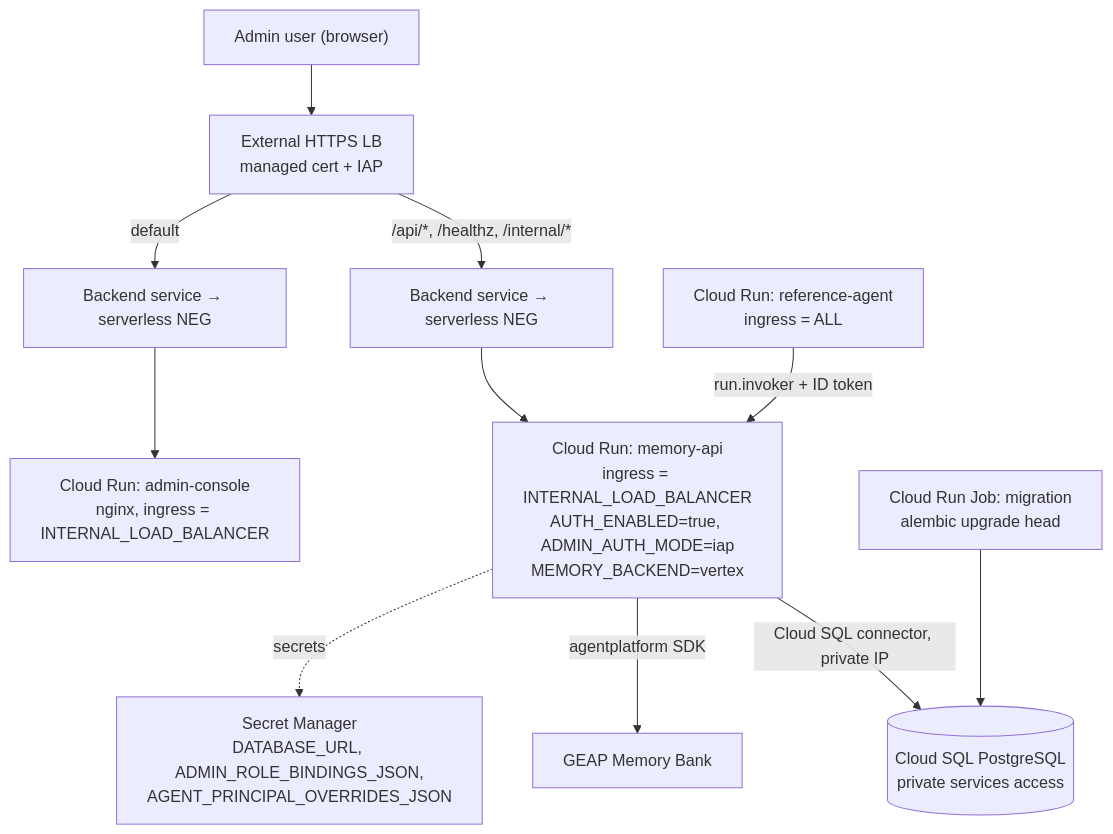
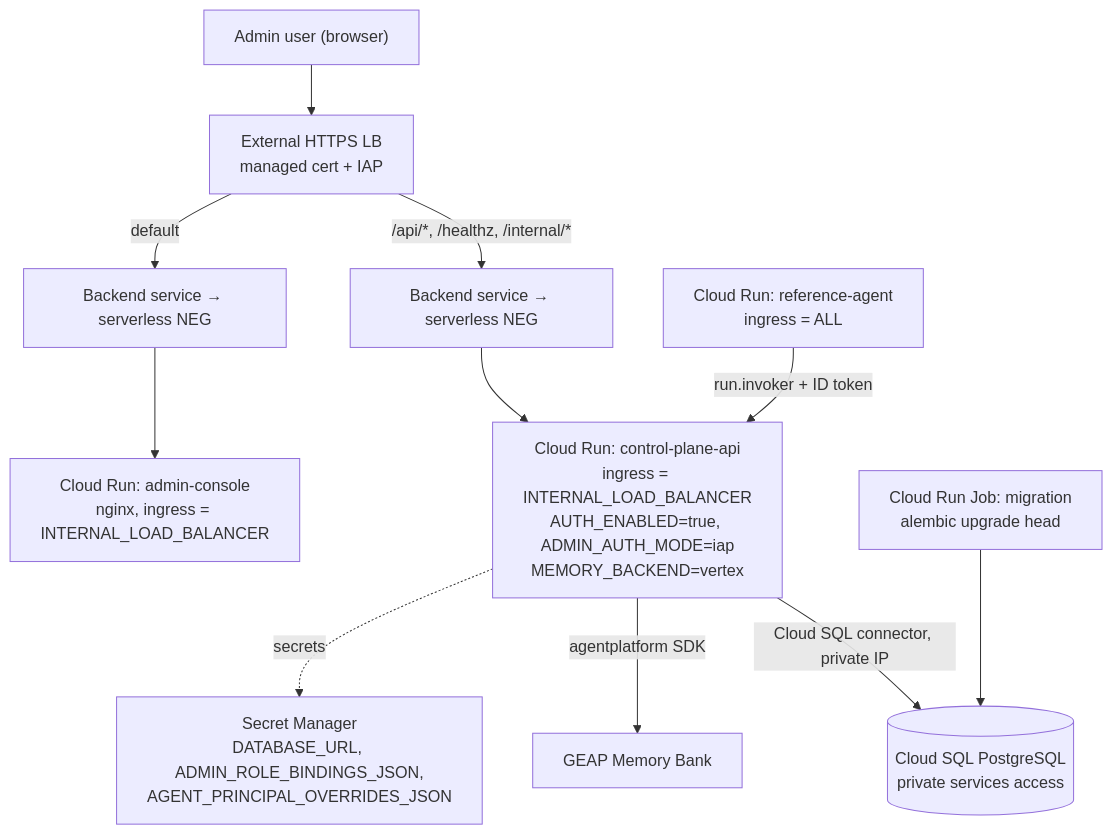
The third of 4 diagrams in docs/GEAP_Platform_Reference_Architecture.md (connect2srinu/jeep-memory-storage), drawn with Mermaid before and after one commit. The commit also changed other lines of this file and 175 other files, not shown here.

Commit message:
feat: add project governance and control plane api

````diff
--- a/docs/GEAP_Platform_Reference_Architecture.md
+++ b/docs/GEAP_Platform_Reference_Architecture.md
@@ -252,13 +252,13 @@
 ```mermaid
 flowchart TB
     U["Admin user (browser)"] --> LB["External HTTPS LB<br/>managed cert + IAP"]
     LB -->|"/api/*, /healthz, /internal/*"| BSA["Backend service → serverless NEG"]
     LB -->|"default"| BSC["Backend service → serverless NEG"]
-    BSA --> CRA["Cloud Run: memory-api<br/>ingress = INTERNAL_LOAD_BALANCER<br/>AUTH_ENABLED=true, ADMIN_AUTH_MODE=iap<br/>MEMORY_BACKEND=vertex"]
+    BSA --> CRA["Cloud Run: control-plane-api<br/>ingress = INTERNAL_LOAD_BALANCER<br/>AUTH_ENABLED=true, ADMIN_AUTH_MODE=iap<br/>MEMORY_BACKEND=vertex"]
     BSC --> CRC["Cloud Run: admin-console<br/>nginx, ingress = INTERNAL_LOAD_BALANCER"]
     CRA -->|"Cloud SQL connector, private IP"| SQL[("Cloud SQL PostgreSQL<br/>private services access")]
     CRA -->|"agentplatform SDK"| MB["GEAP Memory Bank"]
     CRA -.->|"secrets"| SM["Secret Manager<br/>DATABASE_URL, ADMIN_ROLE_BINDINGS_JSON,<br/>AGENT_PRINCIPAL_OVERRIDES_JSON"]
     JOB["Cloud Run Job: migration<br/>alembic upgrade head"] --> SQL
     RA["Cloud Run: reference-agent<br/>ingress = ALL"] -->|"run.invoker + ID token"| CRA
 ```
````
